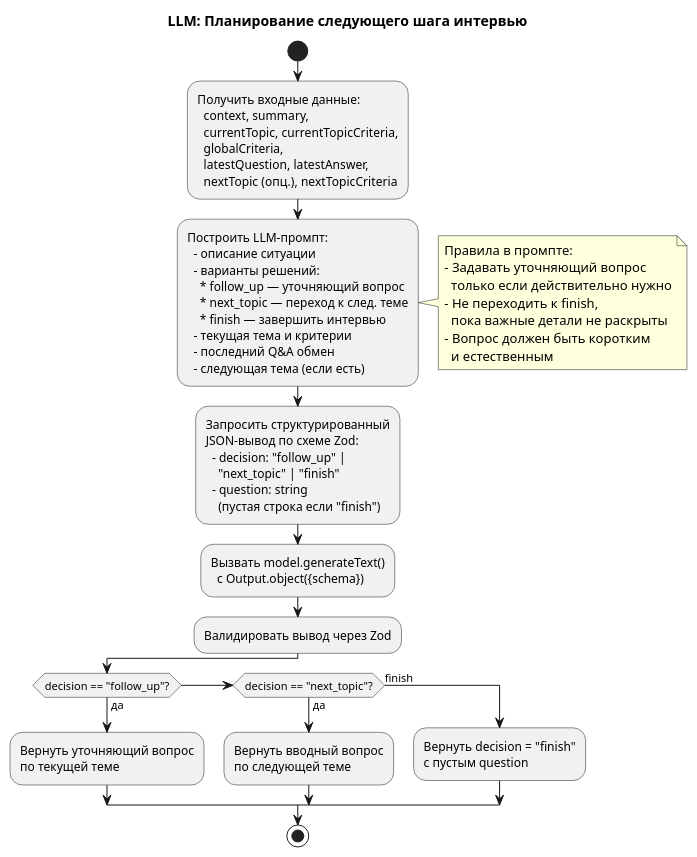
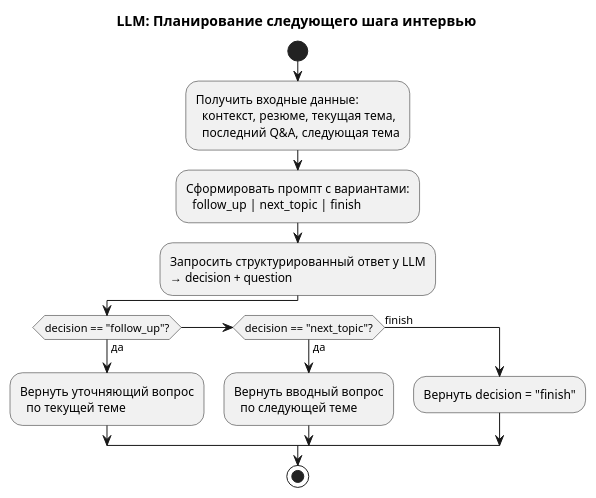
One commit to nifle3/diplom_work changed the diagram in docs/activity/11_llm_plan_interview_step.puml. Above: the diagram before and after it, drawn with PlantUML. The commit also changed 10 other files, not shown here.

Commit message:
update activity diagram

```diff
--- a/docs/activity/11_llm_plan_interview_step.puml
+++ b/docs/activity/11_llm_plan_interview_step.puml
@@ -1,37 +1,21 @@
 @startuml 11_llm_plan_interview_step
 title LLM: Планирование следующего шага интервью
 
 start
 
-:Получить входные данные:\n  context, summary,\n  currentTopic, currentTopicCriteria,\n  globalCriteria,\n  latestQuestion, latestAnswer,\n  nextTopic (опц.), nextTopicCriteria;
+:Получить входные данные:\n  контекст, резюме, текущая тема,\n  последний Q&A, следующая тема;
 
-:Построить LLM-промпт:\n  - описание ситуации\n  - варианты решений:\n    * follow_up — уточняющий вопрос\n    * next_topic — переход к след. теме\n    * finish — завершить интервью\n  - текущая тема и критерии\n  - последний Q&A обмен\n  - следующая тема (если есть);
+:Сформировать промпт с вариантами:\n  follow_up | next_topic | finish;
 
-note right
-  Правила в промпте:
-  - Задавать уточняющий вопрос
-    только если действительно нужно
-  - Не переходить к finish,
-    пока важные детали не раскрыты
-  - Вопрос должен быть коротким
-    и естественным
-end note
-
-:Запросить структурированный\nJSON-вывод по схеме Zod:\n  - decision: "follow_up" |\n    "next_topic" | "finish"\n  - question: string\n    (пустая строка если "finish");
-
-:Вызвать model.generateText()\n  с Output.object({schema});
-
-:Валидировать вывод через Zod;
+:Запросить структурированный ответ у LLM\n→ decision + question;
 
 if (decision == "follow_up"?) then (да)
-  :Вернуть уточняющий вопрос\nпо текущей теме;
-
+  :Вернуть уточняющий вопрос\n  по текущей теме;
 else if (decision == "next_topic"?) then (да)
-  :Вернуть вводный вопрос\nпо следующей теме;
-
+  :Вернуть вводный вопрос\n  по следующей теме;
 else (finish)
-  :Вернуть decision = "finish"\nс пустым question;
+  :Вернуть decision = "finish";
 endif
 
 stop
 @enduml
```
